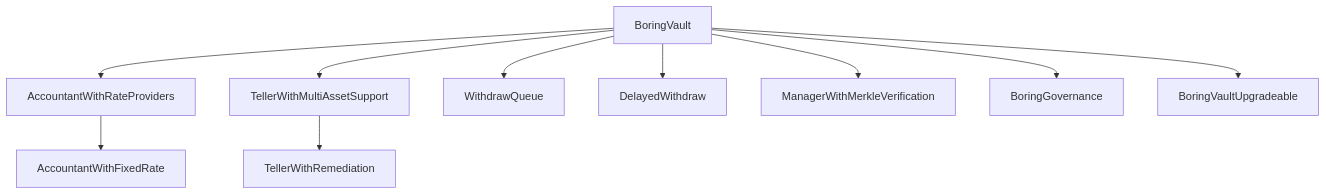
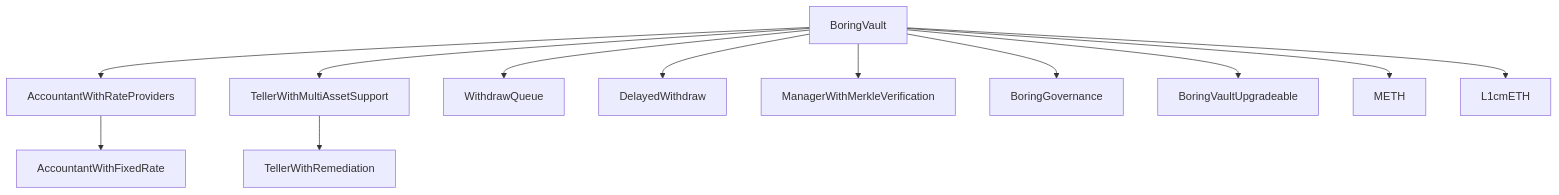
Before and after one commit to Merlinchain-io/boring-vault: the first of 45 diagrams in roles.md, drawn with Mermaid. The commit also changed other lines of this file, not shown here.

````diff
--- a/roles.md
+++ b/roles.md
@@ -5,12 +5,14 @@
 ```mermaid
 graph TD
     A[BoringVault] --> B[AccountantWithRateProviders]
     A --> C[TellerWithMultiAssetSupport]
     A --> D[WithdrawQueue]
     A --> E[DelayedWithdraw]
     A --> F[ManagerWithMerkleVerification]
     A --> G[BoringGovernance]
     A --> H[BoringVaultUpgradeable]
-    B --> I[AccountantWithFixedRate]
-    C --> J[TellerWithRemediation]
+    A --> I[METH]
+    A --> J[L1cmETH]
+    B --> K[AccountantWithFixedRate]
+    C --> L[TellerWithRemediation]
 ```
````
